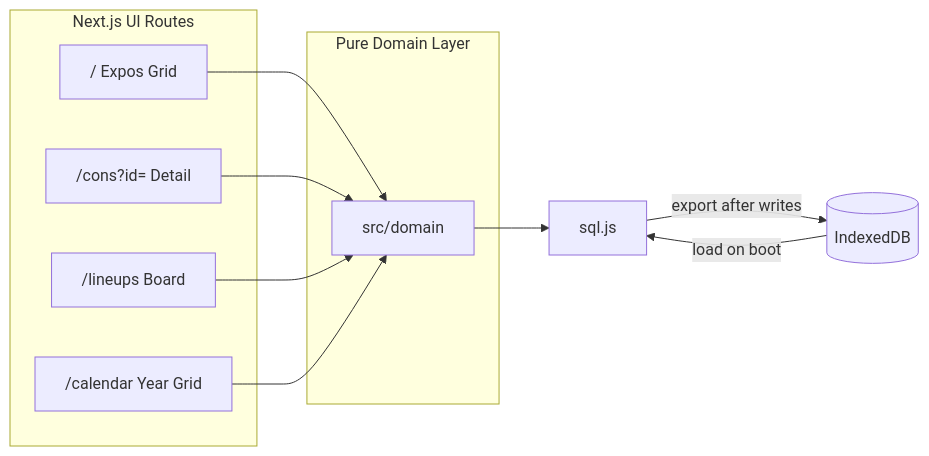
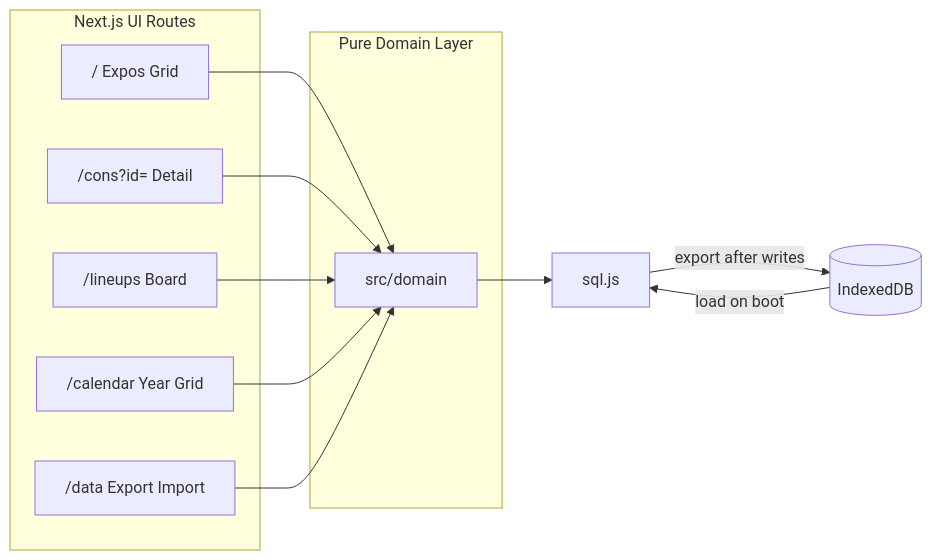
One commit to leav/expo_tracker changed the first of 3 diagrams in docs/DESIGN.md. Above: the diagram before and after it, drawn with Mermaid. The commit also changed other lines of this file and 9 other files, not shown here.

First line of the commit message:
Add a Data page for JSON export and merge-or-replace import.

````diff
--- a/docs/DESIGN.md
+++ b/docs/DESIGN.md
@@ -25,24 +25,26 @@
 ```mermaid
 flowchart LR
   subgraph appViews [Next.js UI Routes]
     expos["/ Expos Grid"]
     detail["/cons?id= Detail"]
     lineups["/lineups Board"]
     calendar["/calendar Year Grid"]
+    dataPage["/data Export Import"]
   end
 
   subgraph domainLayer [Pure Domain Layer]
     domain[src/domain]
   end
 
   sqljs[sql.js]
   idb[(IndexedDB)]
 
   expos --> domain
   detail --> domain
   lineups --> domain
   calendar --> domain
+  dataPage --> domain
   domain --> sqljs
   sqljs -->|"export after writes"| idb
   idb -->|"load on boot"| sqljs
 ```
````
